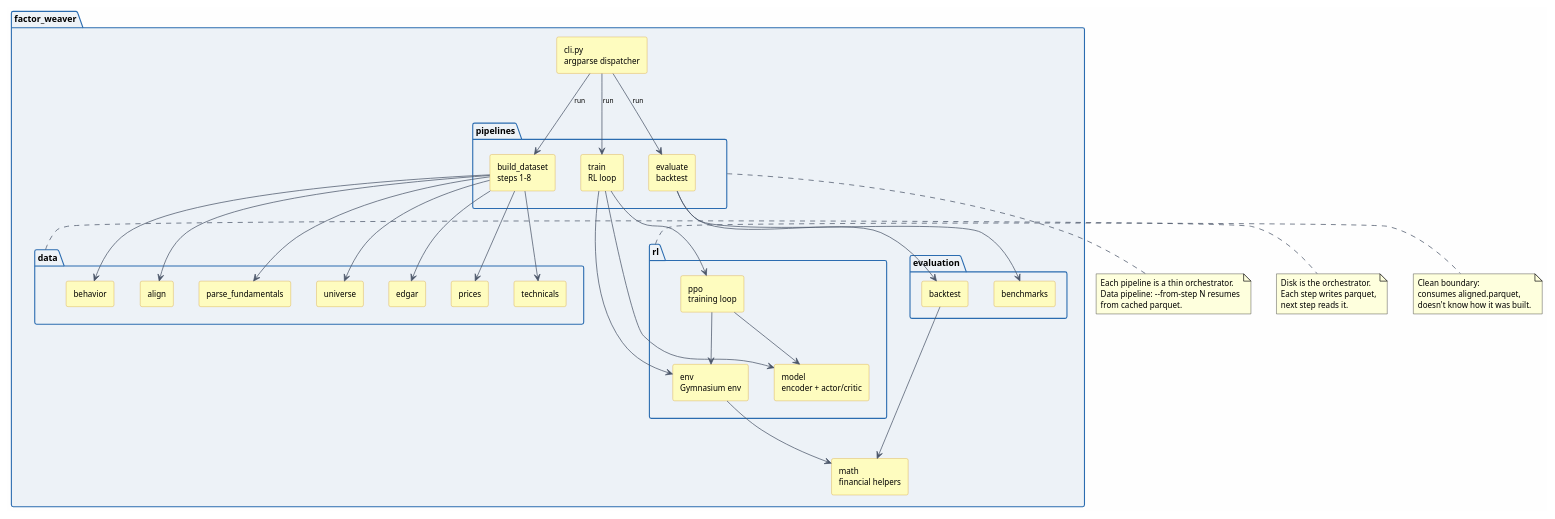
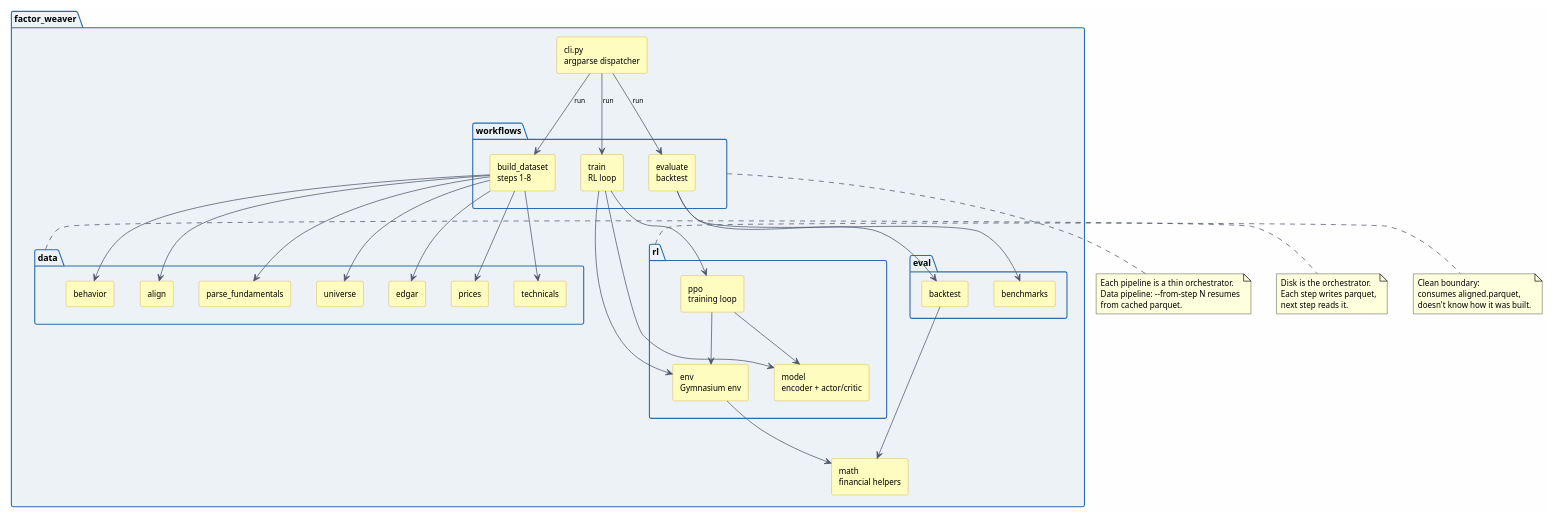
Before and after one commit to life00/factor-weaver: the diagram in docs/figures/architecture.puml, drawn with PlantUML. The commit also changed 26 other files, not shown here.

```diff
--- a/docs/figures/architecture.puml
+++ b/docs/figures/architecture.puml
@@ -1,103 +1,103 @@
 @startuml
 skinparam backgroundColor #FEFEFE
 skinparam defaultFontName Helvetica
 skinparam defaultFontSize 11
 skinparam package {
   FontSize 12
   FontStyle bold
   BackgroundColor #EDF2F7
   BorderColor #2B6CB0
 }
 skinparam component {
   FontSize 10
   BackgroundColor #E8F4FD
   BorderColor #2B6CB0
 }
 skinparam arrow {
   Color #4A5568
   FontSize 9
 }
 skinparam rectangle {
   BackgroundColor #FEFCBF
   BorderColor #D69E2E
   FontSize 11
 }
 
 package "factor_weaver" {
 
   rectangle cli as "cli.py\nargparse dispatcher"
 
-  package "pipelines" as pipelines {
+  package "workflows" as workflows {
     rectangle build_dataset as "build_dataset\nsteps 1-8"
     rectangle train as "train\nRL loop"
     rectangle evaluate as "evaluate\nbacktest"
   }
 
   package "data" as data_pkg {
     rectangle parse_fund as "parse_fundamentals"
     rectangle universe as "universe"
     rectangle edgar as "edgar"
     rectangle prices as "prices"
     rectangle technicals as "technicals"
     rectangle behavior as "behavior"
     rectangle align as "align"
   }
 
   package "rl" {
     rectangle env as "env\nGymnasium env"
     rectangle model as "model\nencoder + actor/critic"
     rectangle ppo as "ppo\ntraining loop"
   }
 
-  package "evaluation" as eval_pkg {
+  package "eval" as eval_pkg {
     rectangle backtest as "backtest"
     rectangle benchmarks as "benchmarks"
   }
 
   rectangle math as "math\nfinancial helpers"
 
 }
 
 cli --> build_dataset : run
 cli --> train : run
 cli --> evaluate : run
 
 build_dataset --> parse_fund
 build_dataset --> universe
 build_dataset --> edgar
 build_dataset --> prices
 build_dataset --> technicals
 build_dataset --> behavior
 build_dataset --> align
 
 train --> env
 train --> model
 train --> ppo
 ppo --> env
 ppo --> model
 
 evaluate --> backtest
 evaluate --> benchmarks
 
 env --> math
 backtest --> math
 
-note bottom of pipelines
+note bottom of workflows
   Each pipeline is a thin orchestrator.
   Data pipeline: --from-step N resumes
   from cached parquet.
 end note
 
 note right of data_pkg
   Disk is the orchestrator.
   Each step writes parquet,
   next step reads it.
 end note
 
 note right of rl
   Clean boundary:
   consumes aligned.parquet,
   doesn't know how it was built.
 end note
 
 @enduml
```
